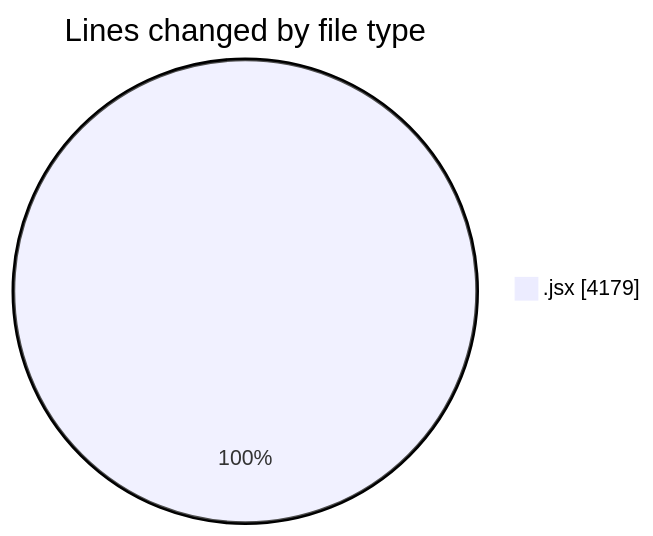
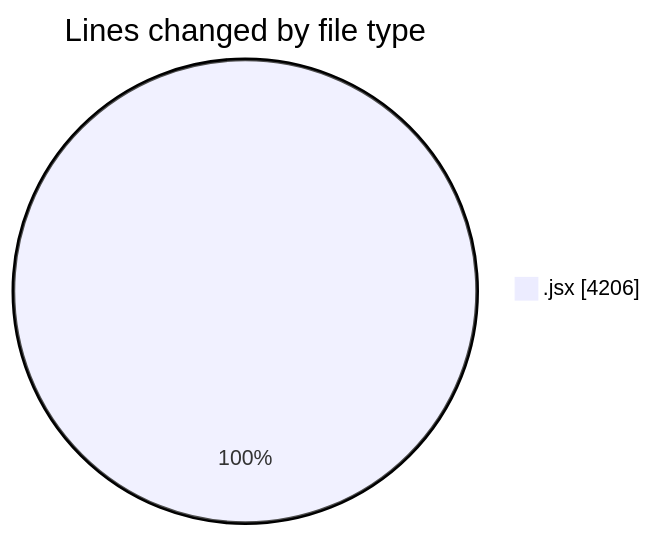
The first of 2 diagrams in 2026-01-06/nxtqube_webapp/README.md (nxtqubesakshisongat/code-tracking), drawn with Mermaid before and after one commit. The commit also changed other lines of this file and 1 other file, not shown here.

````diff
--- a/2026-01-06/nxtqube_webapp/README.md
+++ b/2026-01-06/nxtqube_webapp/README.md
@@ -21,5 +21,5 @@
 ```mermaid
 pie showData
 title Lines changed by file type
-".jsx" : 4179
+".jsx" : 4206
 ```
````
